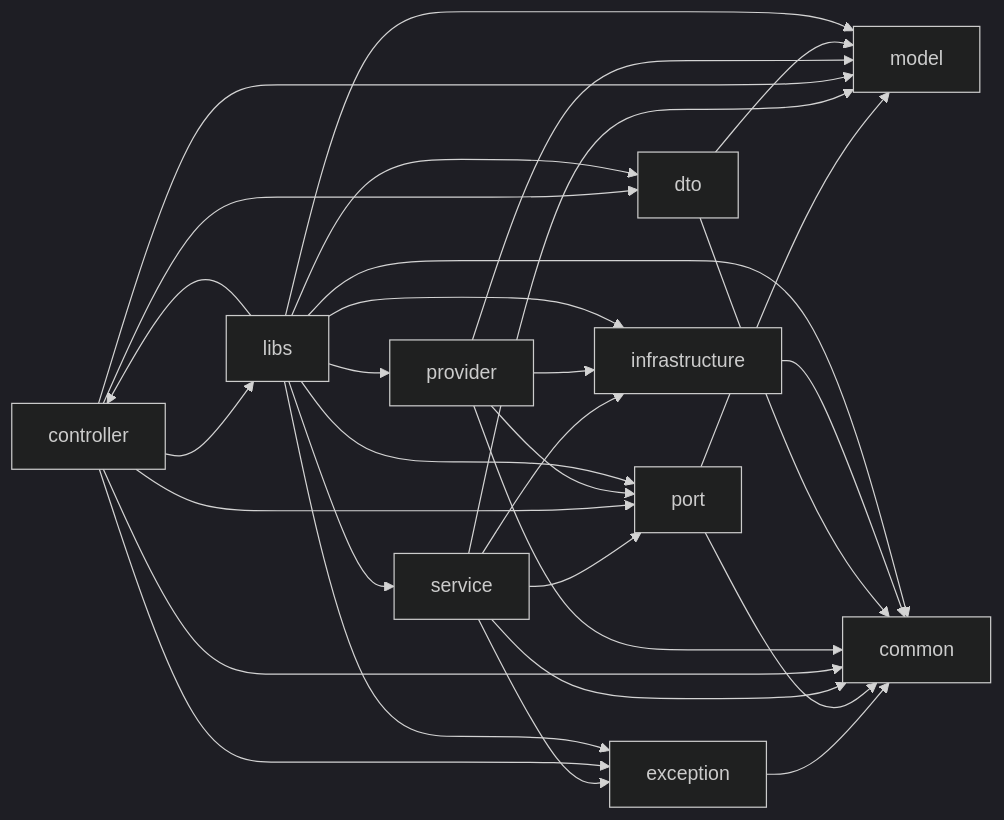
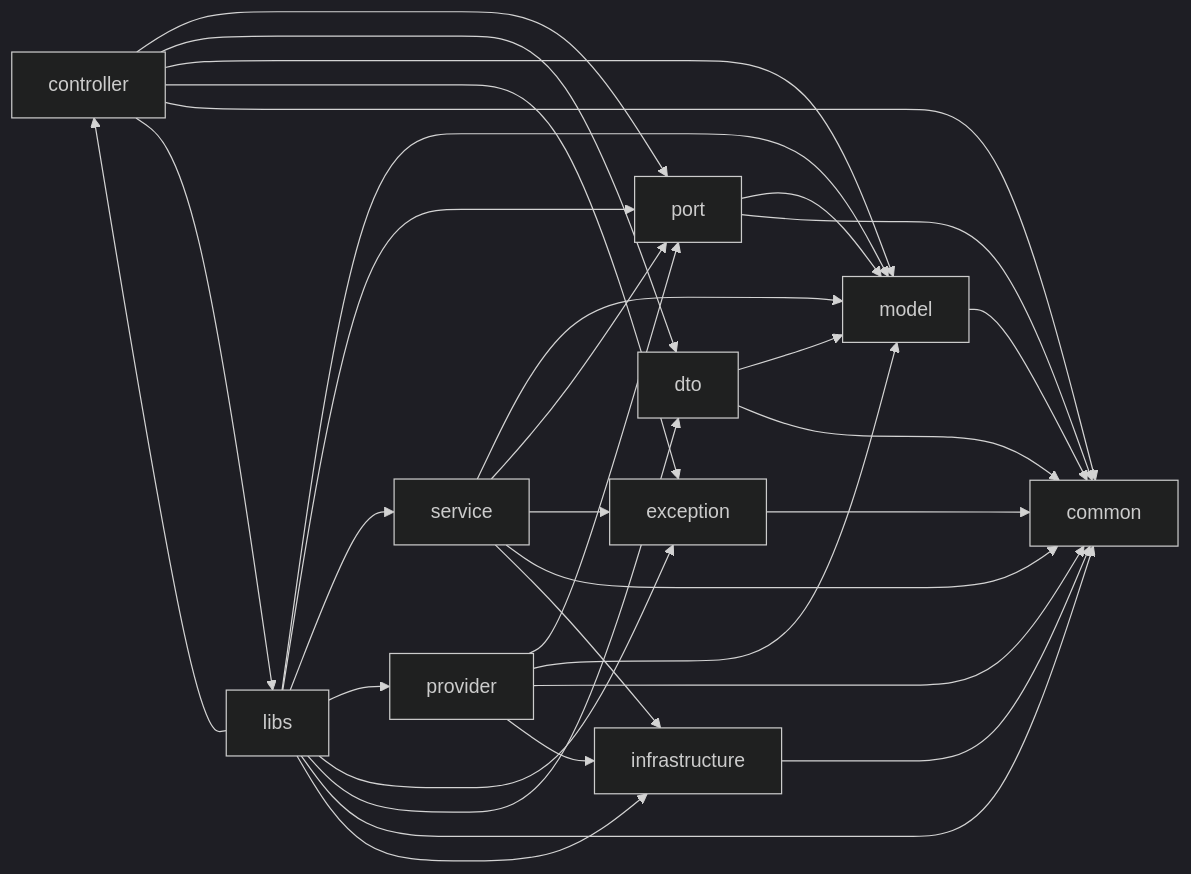
Before and after one commit to JosephNK/jkit-code-plugin: the diagram in rules/nestjs/base/lint-rules-diagram.md, drawn with Mermaid (dark theme). The commit also changed 2 other files, not shown here.

Commit message:
fix(rules/nestjs): model allow에 common 추가
src/common/model/을 등록했지만 model→model only 허용 매트릭스 때문에
모듈 model에서 cross-module 공유 타입 import 시 boundary 차단되던 문제 해결.

port→["model","common"]과 동일 패턴으로 model→["model","common"] 허용.
프레임워크 비의존은 baseDomainBannedPackages가 패키지 레벨로 enforce.

baseLayerSemantics.model.scope에 cross-module 공유 타입 안내 보강.

````diff
--- a/rules/nestjs/base/lint-rules-diagram.md
+++ b/rules/nestjs/base/lint-rules-diagram.md
@@ -10,43 +10,44 @@
 ```mermaid
 graph LR
   model["model"]
+  common["common"]
   exception["exception"]
-  common["common"]
   port["port"]
   service["service"]
   infrastructure["infrastructure"]
   controller["controller"]
   dto["dto"]
   libs["libs"]
   provider["provider"]
+  model --> common
   exception --> common
   port --> model
   port --> common
   service --> model
   service --> port
   service --> exception
   service --> common
   service --> infrastructure
   controller --> port
   controller --> dto
   controller --> model
   controller --> exception
   controller --> common
   controller --> libs
   provider --> port
   provider --> model
   provider --> common
   provider --> infrastructure
   dto --> model
   dto --> common
   infrastructure --> common
   libs --> model
   libs --> port
   libs --> service
   libs --> controller
   libs --> provider
   libs --> exception
   libs --> dto
   libs --> common
   libs --> infrastructure
 ```
````
